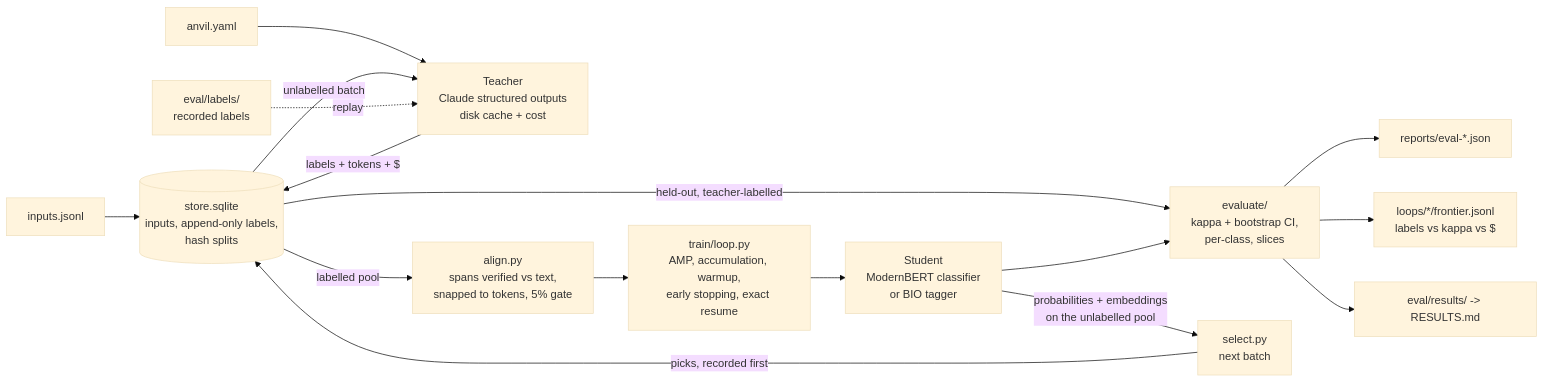
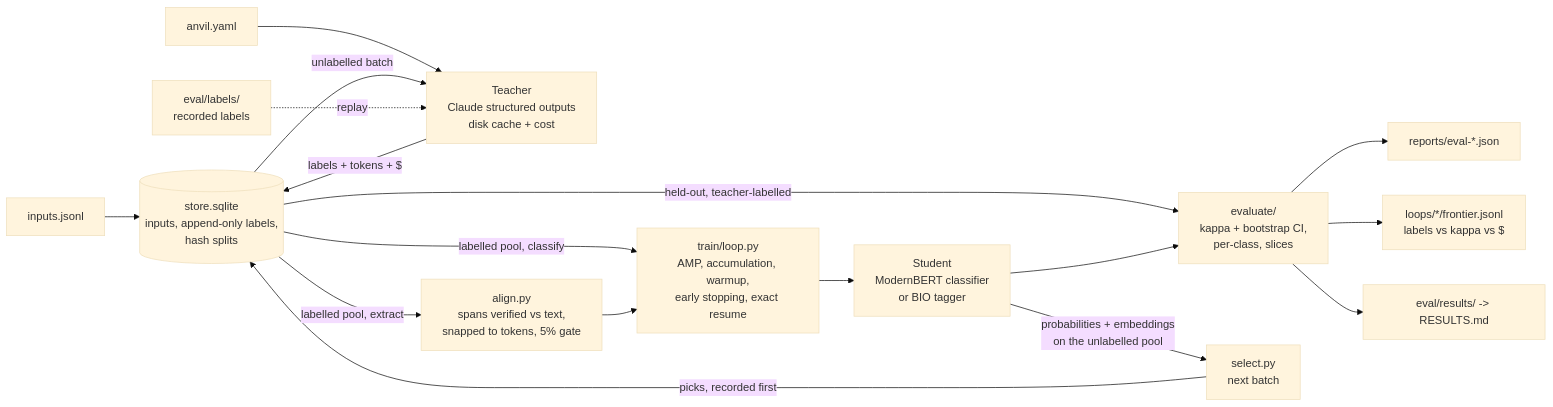
The diagram in README.md (TheAsianFish/anvil), drawn with Mermaid (base theme) before and after one commit. The commit also changed 1 other file, not shown here.

Commit message:
Fix the architecture diagram and the package layout note

````diff
--- a/README.md
+++ b/README.md
@@ -137,18 +137,19 @@
 ```mermaid
 flowchart LR
     I[inputs.jsonl] --> ST[(store.sqlite<br/>inputs, append-only labels,<br/>hash splits)]
     SPEC[anvil.yaml] --> T
     ST -->|unlabelled batch| T[Teacher<br/>Claude structured outputs<br/>disk cache + cost]
     T -->|labels + tokens + $| ST
-    ST -->|labelled pool| AL[align.py<br/>spans verified vs text,<br/>snapped to tokens, 5% gate]
-    AL --> TR[train/loop.py<br/>AMP, accumulation, warmup,<br/>early stopping, exact resume]
+    ST -->|labelled pool, classify| TR[train/loop.py<br/>AMP, accumulation, warmup,<br/>early stopping, exact resume]
+    ST -->|labelled pool, extract| AL[align.py<br/>spans verified vs text,<br/>snapped to tokens, 5% gate]
+    AL --> TR
     TR --> S[Student<br/>ModernBERT classifier<br/>or BIO tagger]
     ST -->|held-out, teacher-labelled| EV[evaluate/<br/>kappa + bootstrap CI,<br/>per-class, slices]
     S --> EV
     EV --> R[reports/eval-*.json]
     S -->|probabilities + embeddings<br/>on the unlabelled pool| SEL[select.py<br/>next batch]
     SEL -->|picks, recorded first| ST
     EV --> FR[loops/*/frontier.jsonl<br/>labels vs kappa vs $]
     LF[eval/labels/<br/>recorded labels] -.->|replay| T
     EV --> RES[eval/results/ -> RESULTS.md]
 ```
````
